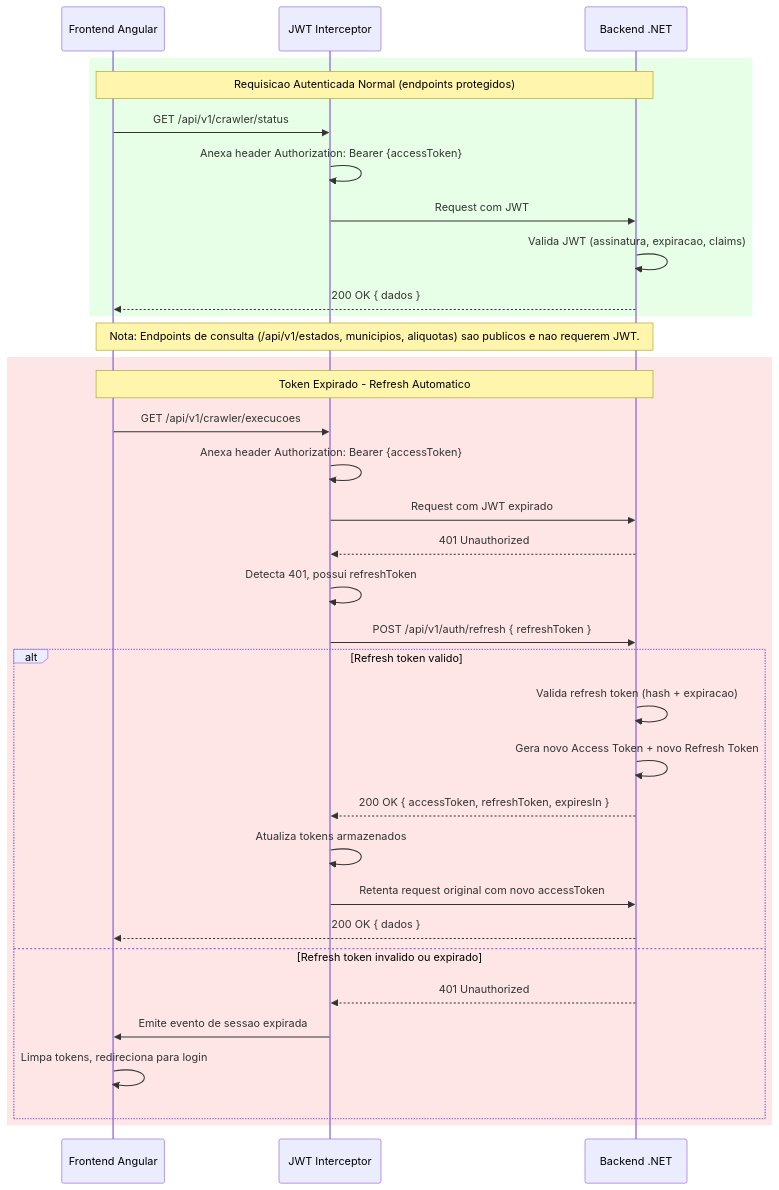
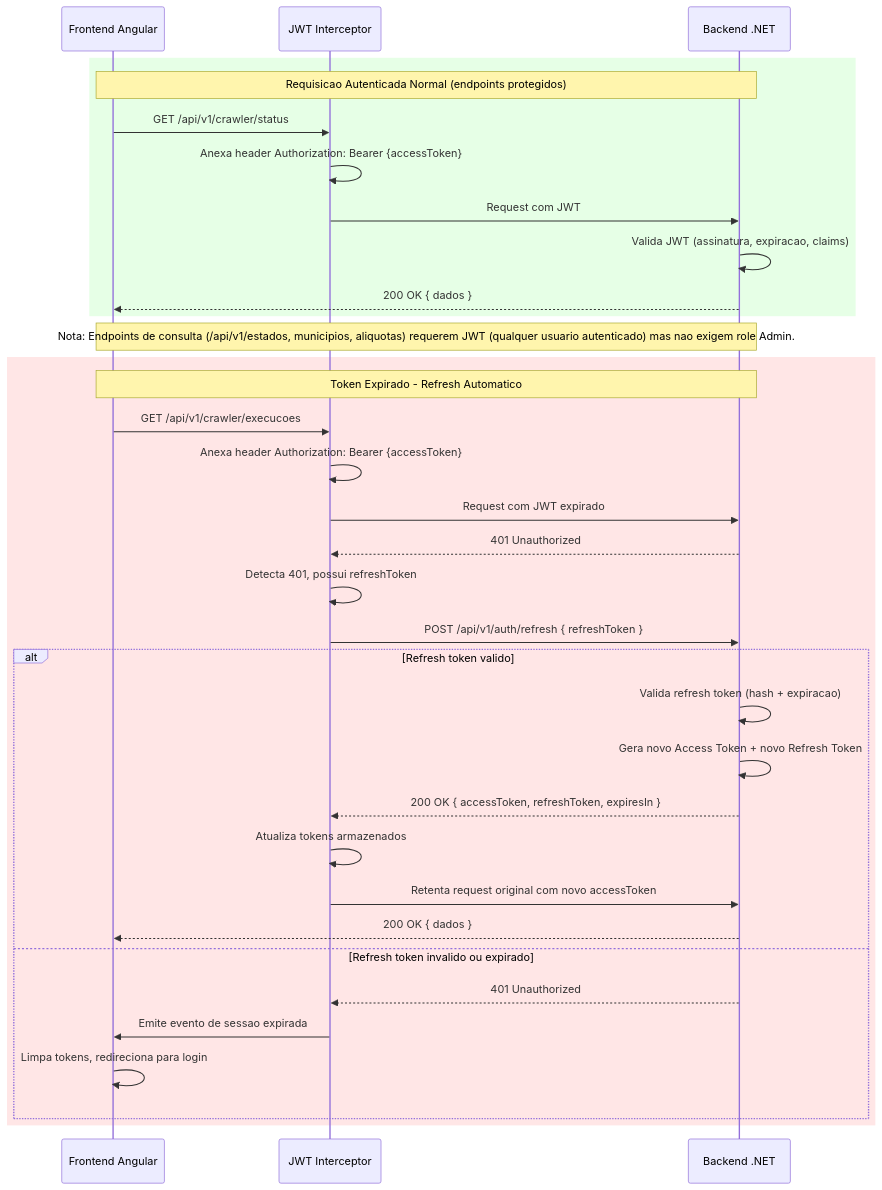
Before and after one commit to john182/poc-open-spec: the fifth of 8 diagrams in docs/technical-doc.md, drawn with Mermaid. The commit also changed other lines of this file and 5 other files, not shown here.

````diff
--- a/docs/technical-doc.md
+++ b/docs/technical-doc.md
@@ -454,39 +483,39 @@
 ```mermaid
 sequenceDiagram
     participant F as Frontend Angular
     participant I as JWT Interceptor
     participant B as Backend .NET
 
     rect rgb(230, 255, 230)
         Note over F,B: Requisicao Autenticada Normal (endpoints protegidos)
         F->>I: GET /api/v1/crawler/status
         I->>I: Anexa header Authorization: Bearer {accessToken}
         I->>B: Request com JWT
         B->>B: Valida JWT (assinatura, expiracao, claims)
         B-->>F: 200 OK { dados }
     end
 
-    Note over F,B: Nota: Endpoints de consulta (/api/v1/estados, municipios, aliquotas) sao publicos e nao requerem JWT.
+    Note over F,B: Nota: Endpoints de consulta (/api/v1/estados, municipios, aliquotas) requerem JWT (qualquer usuario autenticado) mas nao exigem role Admin.
 
     rect rgb(255, 230, 230)
         Note over F,B: Token Expirado - Refresh Automatico
         F->>I: GET /api/v1/crawler/execucoes
         I->>I: Anexa header Authorization: Bearer {accessToken}
         I->>B: Request com JWT expirado
         B-->>I: 401 Unauthorized
         I->>I: Detecta 401, possui refreshToken
         I->>B: POST /api/v1/auth/refresh { refreshToken }
         alt Refresh token valido
             B->>B: Valida refresh token (hash + expiracao)
             B->>B: Gera novo Access Token + novo Refresh Token
             B-->>I: 200 OK { accessToken, refreshToken, expiresIn }
             I->>I: Atualiza tokens armazenados
             I->>B: Retenta request original com novo accessToken
             B-->>F: 200 OK { dados }
         else Refresh token invalido ou expirado
             B-->>I: 401 Unauthorized
             I->>F: Emite evento de sessao expirada
             F->>F: Limpa tokens, redireciona para login
         end
     end
 ```
````
